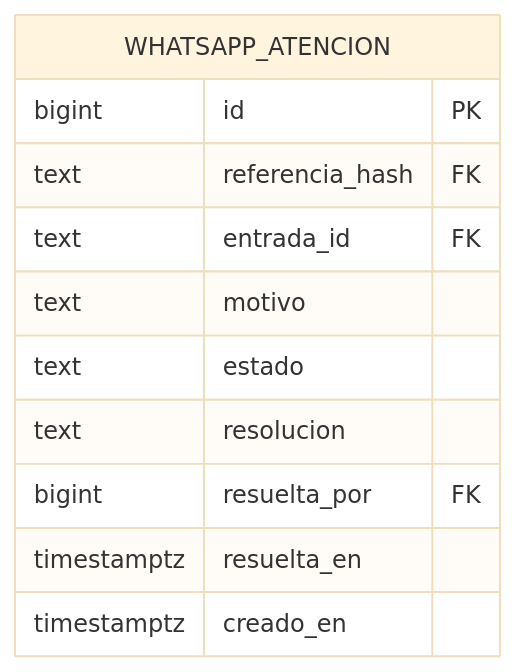
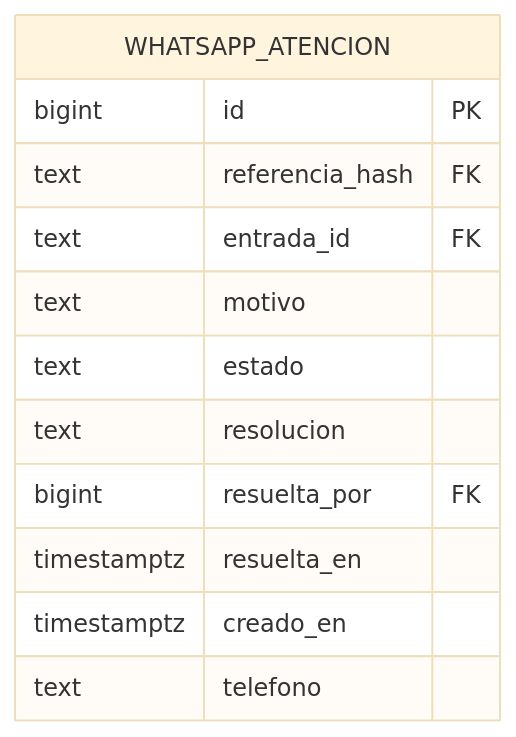
Before and after one commit to Ignapag/Proyecto---Seminario-Integrador-2026: the tenth of 11 diagrams in docs/DER.md, drawn with Mermaid (base theme). The commit also changed other lines of this file and 28 other files, not shown here.

````diff
--- a/docs/DER.md
+++ b/docs/DER.md
@@ -565,14 +565,15 @@
 ```mermaid
 erDiagram
     WHATSAPP_ATENCION {
         bigint id PK
         text referencia_hash FK
         text entrada_id FK
         text motivo
         text estado
         text resolucion
         bigint resuelta_por FK
         timestamptz resuelta_en
         timestamptz creado_en
+        text telefono
     }
 ```
````
